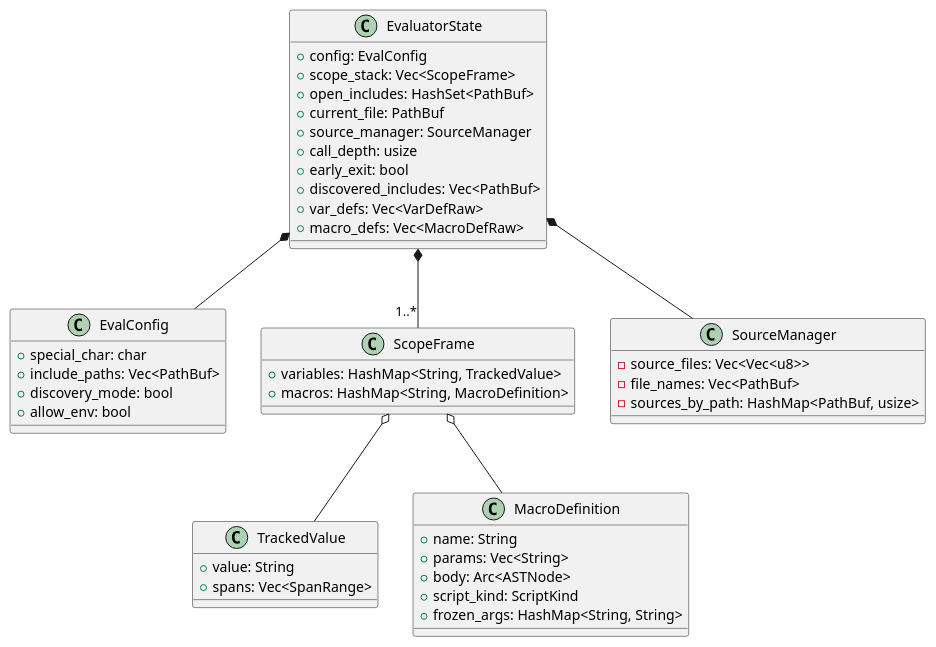
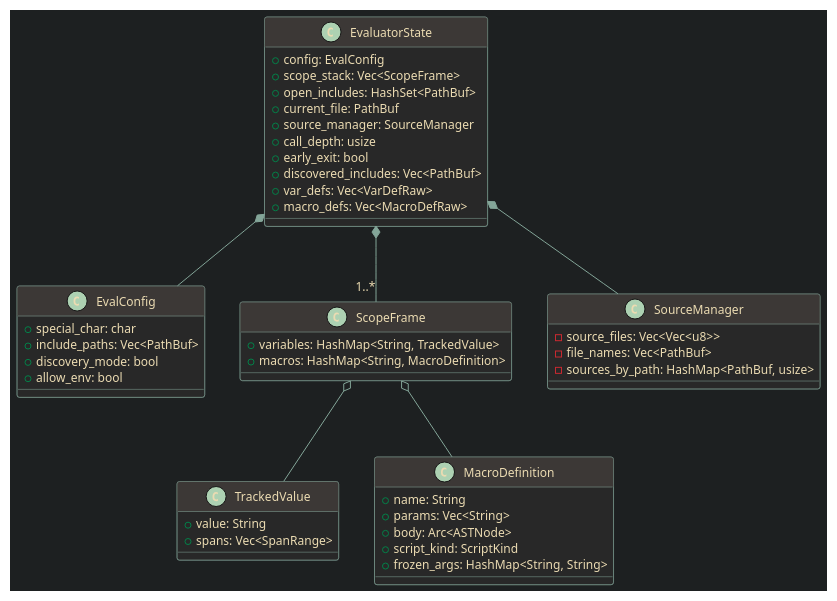
The diagram in crates/weaveback-macro/src/evaluator/state.adoc (giannifer7/weaveback), drawn with PlantUML before and after one commit. The commit also changed 14 other files, not shown here.

```diff
--- a/crates/weaveback-macro/src/evaluator/state.adoc
+++ b/crates/weaveback-macro/src/evaluator/state.adoc
@@ -54,54 +54,64 @@
-[plantuml]
+[plantuml,format=svg]
 ----
 @startuml
+skinparam backgroundColor #1d2021
+skinparam defaultFontColor #ebdbb2
+skinparam defaultFontSize 12
+skinparam ArrowColor #83a598
+skinparam ClassBorderColor #83a598
+skinparam ClassBackgroundColor #282828
+skinparam ClassFontColor #ebdbb2
+skinparam ClassHeaderBackgroundColor #3c3836
+skinparam ClassStereotypeFontColor #8ec07c
+
 class EvalConfig {
   +special_char: char
   +include_paths: Vec<PathBuf>
   +discovery_mode: bool
   +allow_env: bool
 }
 
 class ScopeFrame {
   +variables: HashMap<String, TrackedValue>
   +macros: HashMap<String, MacroDefinition>
 }
 
 class TrackedValue {
   +value: String
   +spans: Vec<SpanRange>
 }
 
 class MacroDefinition {
   +name: String
   +params: Vec<String>
   +body: Arc<ASTNode>
   +script_kind: ScriptKind
   +frozen_args: HashMap<String, String>
 }
 
 class SourceManager {
   -source_files: Vec<Vec<u8>>
   -file_names: Vec<PathBuf>
   -sources_by_path: HashMap<PathBuf, usize>
 }
 
 class EvaluatorState {
   +config: EvalConfig
   +scope_stack: Vec<ScopeFrame>
   +open_includes: HashSet<PathBuf>
   +current_file: PathBuf
   +source_manager: SourceManager
   +call_depth: usize
   +early_exit: bool
   +discovered_includes: Vec<PathBuf>
   +var_defs: Vec<VarDefRaw>
   +macro_defs: Vec<MacroDefRaw>
 }
 
 EvaluatorState *-- EvalConfig
 EvaluatorState *-- "1..*" ScopeFrame
 EvaluatorState *-- SourceManager
 ScopeFrame o-- TrackedValue
 ScopeFrame o-- MacroDefinition
 @enduml
 ----
```
